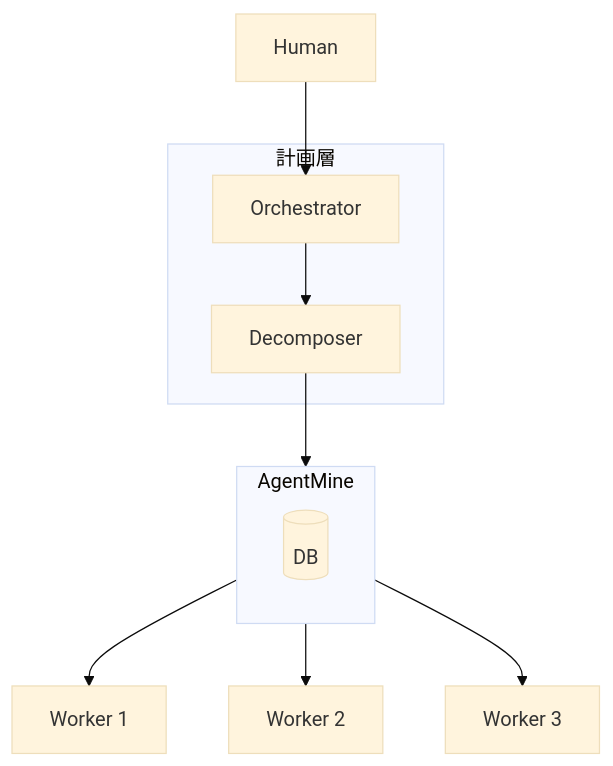
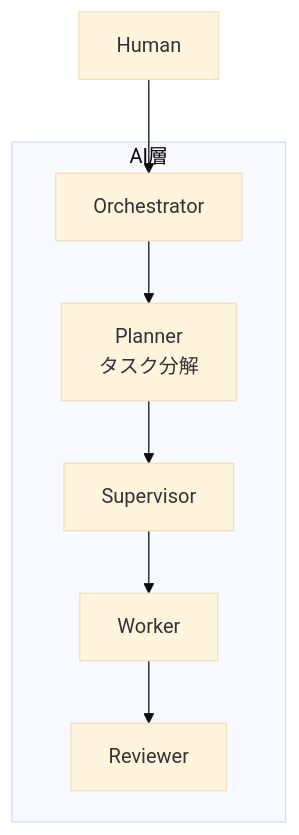
Before and after one commit to krtw00/agentmine: the first of 4 diagrams in docs/03-core-concepts/task-decomposition.md, drawn with Mermaid (base theme). The commit also changed other lines of this file and 7 other files, not shown here.

````diff
--- a/docs/03-core-concepts/task-decomposition.md
+++ b/docs/03-core-concepts/task-decomposition.md
@@ -38,20 +33,17 @@
 ```mermaid
 flowchart TB
     Human[Human] --> Orchestrator[Orchestrator]
 
-    subgraph Planning[計画層]
+    subgraph AI層
         Orchestrator
-        Decomposer[Decomposer]
+        Planner[Planner<br/>タスク分解]
+        Supervisor[Supervisor]
+        Worker[Worker]
+        Reviewer[Reviewer]
     end
 
-    Orchestrator --> Decomposer
-    Decomposer --> AgentMine
-
-    subgraph AgentMine[AgentMine]
-        DB[(DB)]
-    end
-
-    AgentMine --> W1[Worker 1]
-    AgentMine --> W2[Worker 2]
-    AgentMine --> W3[Worker 3]
+    Orchestrator --> Planner
+    Planner --> Supervisor
+    Supervisor --> Worker
+    Worker --> Reviewer
 ```
````
